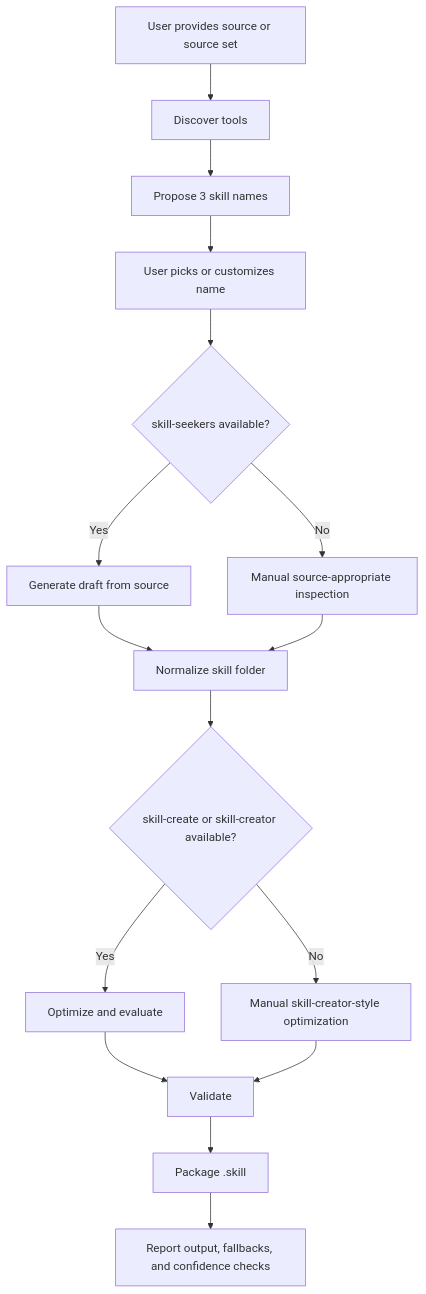
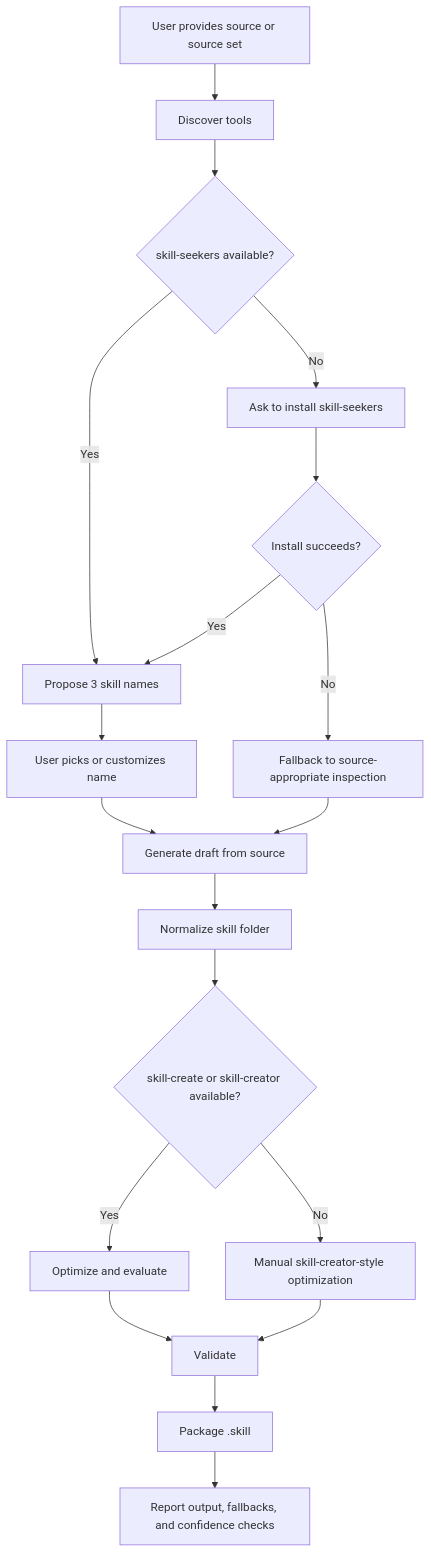
Before and after one commit to rockyyve/skill-pipeline: the diagram in README.md, drawn with Mermaid. The commit also changed other lines of this file and 3 other files, not shown here.

````diff
--- a/README.md
+++ b/README.md
@@ -61,18 +62,21 @@
 ```mermaid
 flowchart TD
     A["User provides source or source set"] --> B["Discover tools"]
-    B --> C["Propose 3 skill names"]
-    C --> D["User picks or customizes name"]
-    D --> E{"skill-seekers available?"}
-    E -- Yes --> F["Generate draft from source"]
-    E -- No --> G["Manual source-appropriate inspection"]
-    F --> H["Normalize skill folder"]
-    G --> H
-    H --> I{"skill-create or skill-creator available?"}
-    I -- Yes --> J["Optimize and evaluate"]
-    I -- No --> K["Manual skill-creator-style optimization"]
-    J --> L["Validate"]
-    K --> L
-    L --> M["Package .skill"]
-    M --> N["Report output, fallbacks, and confidence checks"]
+    B --> C{"skill-seekers available?"}
+    C -- No --> D["Ask to install skill-seekers"]
+    D --> E{"Install succeeds?"}
+    C -- Yes --> F["Propose 3 skill names"]
+    E -- Yes --> F
+    E -- No --> G["Fallback to source-appropriate inspection"]
+    F --> H["User picks or customizes name"]
+    H --> I["Generate draft from source"]
+    G --> I
+    I --> J["Normalize skill folder"]
+    J --> K{"skill-create or skill-creator available?"}
+    K -- Yes --> L["Optimize and evaluate"]
+    K -- No --> M["Manual skill-creator-style optimization"]
+    L --> N["Validate"]
+    M --> N
+    N --> O["Package .skill"]
+    O --> P["Report output, fallbacks, and confidence checks"]
 ```
````
